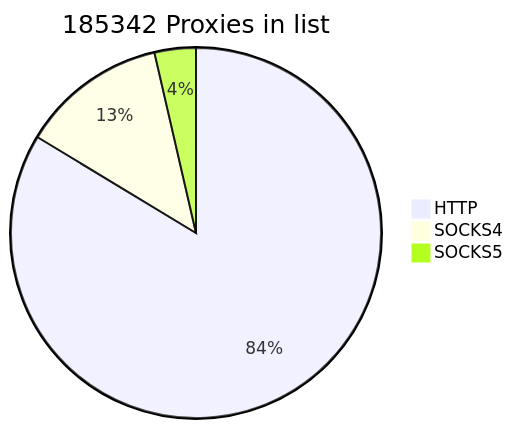
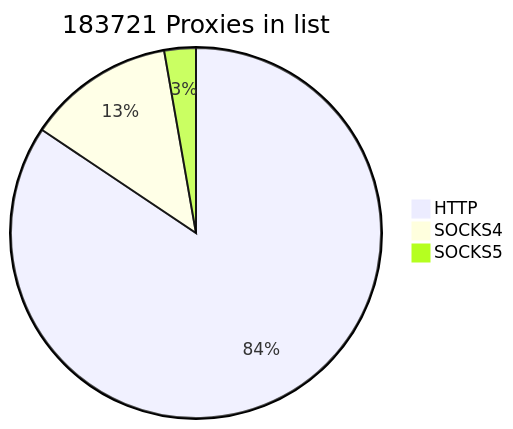
One commit to cutipu/proxylist changed the first of 2 diagrams in README.md. Above: the diagram before and after it, drawn with Mermaid. The commit also changed other lines of this file, not shown here.

````diff
--- a/README.md
+++ b/README.md
@@ -2,7 +2,7 @@
 ```mermaid
-pie title 185342 Proxies in list
-    "HTTP" : 155053
-    "SOCKS4" : 23607
-    "SOCKS5" : 6682
+pie title 183721 Proxies in list
+    "HTTP" : 155052
+    "SOCKS4" : 23606
+    "SOCKS5" : 5063
             
 ```
````
